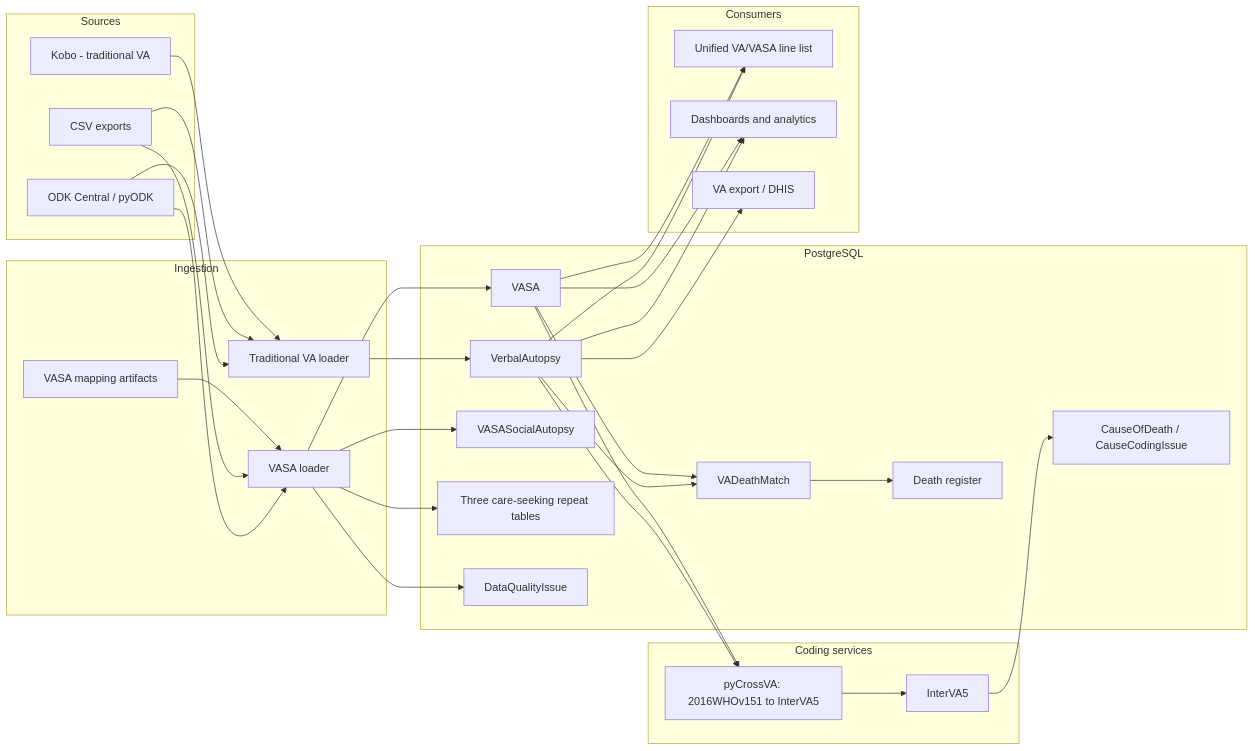
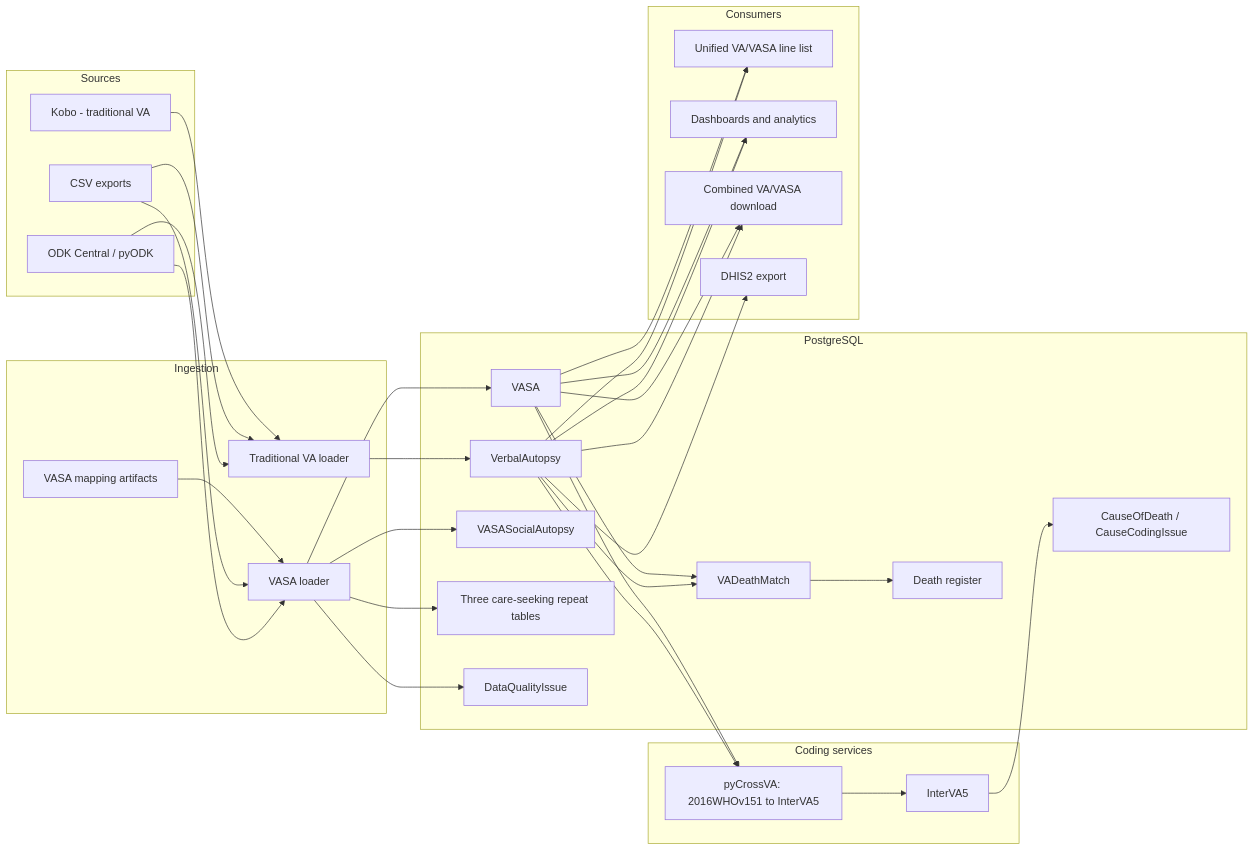
The diagram in docs/vacms_va_vasa_coding_architecture.md (evado88/vacms), drawn with Mermaid before and after one commit. The commit also changed other lines of this file and 26 other files, not shown here.

````diff
--- a/docs/vacms_va_vasa_coding_architecture.md
+++ b/docs/vacms_va_vasa_coding_architecture.md
@@ -39,60 +39,63 @@
 ```mermaid
 flowchart LR
     subgraph Sources
         ODK[ODK Central / pyODK]
         CSV[CSV exports]
         Kobo[Kobo - traditional VA]
     end
 
     subgraph Ingestion
         VAI[Traditional VA loader]
         MAP[VASA mapping artifacts]
         VI[VASA loader]
     end
 
     subgraph PostgreSQL
         VA[VerbalAutopsy]
         VASA[VASA]
         SA[VASASocialAutopsy]
         REP[Three care-seeking repeat tables]
         COD[CauseOfDeath / CauseCodingIssue]
         DQ[DataQualityIssue]
         MATCH[VADeathMatch]
         DEATH[Death register]
     end
 
     subgraph Coding services
         CROSS[pyCrossVA: 2016WHOv151 to InterVA5]
         INTERVA[InterVA5]
     end
 
     subgraph Consumers
         UI[Unified VA/VASA line list]
         DASH[Dashboards and analytics]
-        EXPORT[VA export / DHIS]
+        EXPORT[Combined VA/VASA download]
+        DHIS[DHIS2 export]
     end
 
     ODK --> VAI
     ODK --> VI
     CSV --> VAI
     CSV --> VI
     Kobo --> VAI
     MAP --> VI
     VAI --> VA
     VI --> VASA
     VI --> SA
     VI --> REP
     VA --> CROSS
     VASA --> CROSS
     CROSS --> INTERVA
     INTERVA --> COD
     VA --> MATCH
     VASA --> MATCH
     MATCH --> DEATH
     VI --> DQ
     VA --> UI
     VASA --> UI
     VA --> DASH
     VASA --> DASH
     VA --> EXPORT
+    VASA --> EXPORT
+    VA --> DHIS
 ```
````
